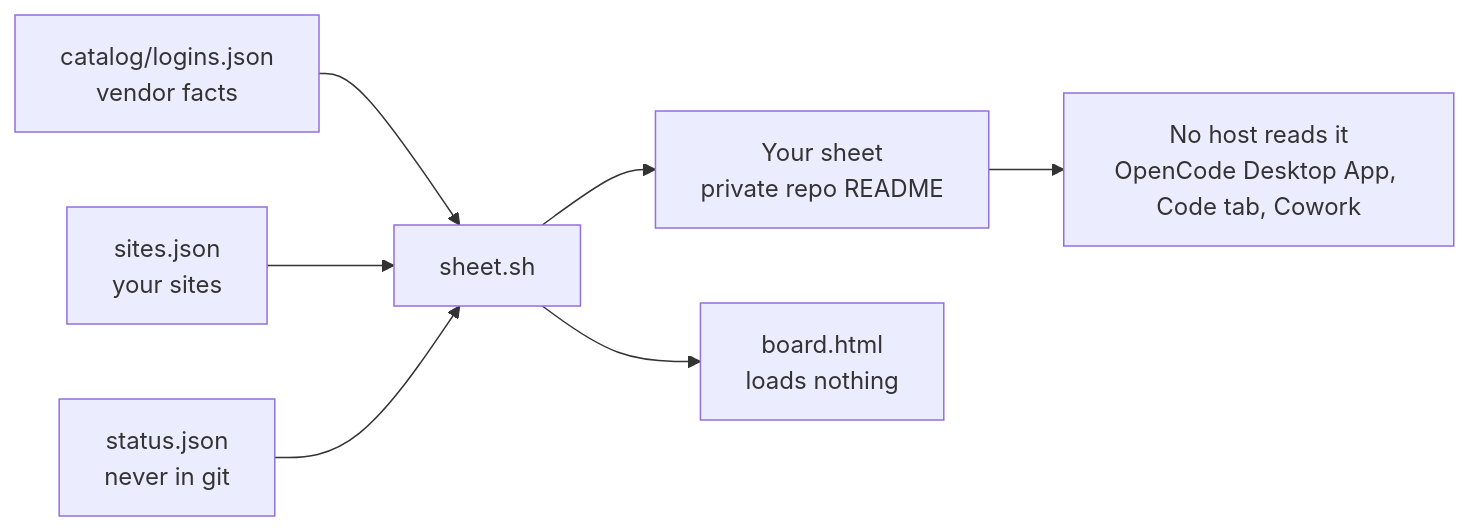
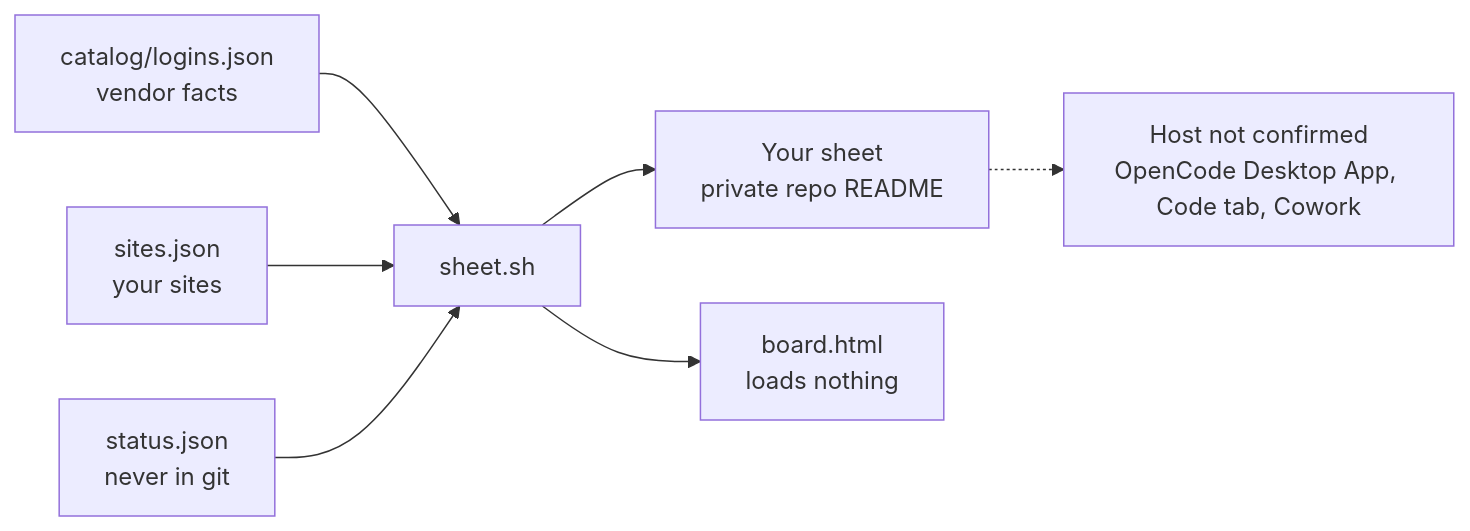
The diagram in guides/logins.md (SoulCraft-Org/compute-crafter), drawn with Mermaid before and after one commit. The commit also changed other lines of this file and 7 other files, not shown here.

````diff
--- a/guides/logins.md
+++ b/guides/logins.md
@@ -5,9 +5,9 @@
 ```mermaid
 flowchart LR
   C[catalog/logins.json<br/>vendor facts] --> S[sheet.sh]
   Y[sites.json<br/>your sites] --> S
   T[status.json<br/>never in git] --> S
   S --> R[Your sheet<br/>private repo README]
   S --> B[board.html<br/>loads nothing]
-  R --> H[No host reads it<br/>OpenCode Desktop App, Code tab, Cowork]
+  R -.-> H[Host not confirmed<br/>OpenCode Desktop App, Code tab, Cowork]
 ```
````
